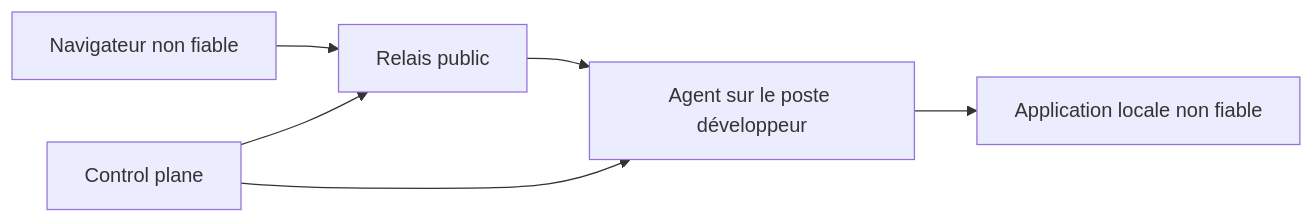
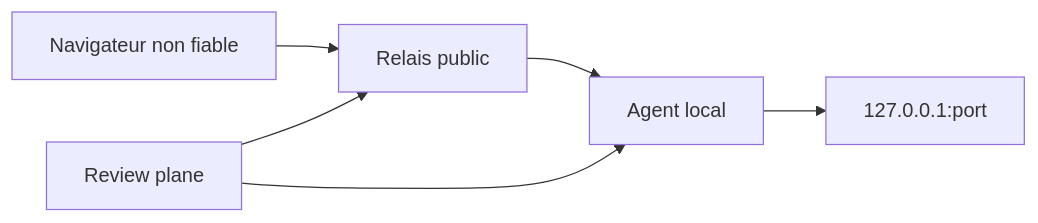
The second of 2 diagrams in docs/THREAT_MODEL.md (rfielbal/Revaloop), drawn with Mermaid before and after one commit. The commit also changed other lines of this file and 47 other files, not shown here.

````diff
--- a/docs/THREAT_MODEL.md
+++ b/docs/THREAT_MODEL.md
@@ -247,8 +236,8 @@
 ```mermaid
 flowchart LR
     reviewer["Navigateur non fiable"] --> relay["Relais public"]
-    relay --> agent["Agent sur le poste développeur"]
-    agent --> app["Application locale non fiable"]
-    control["Control plane"] --> relay
+    relay --> agent["Agent local"]
+    agent --> app["127.0.0.1:port"]
+    control["Review plane"] --> relay
     control --> agent
 ```
````
